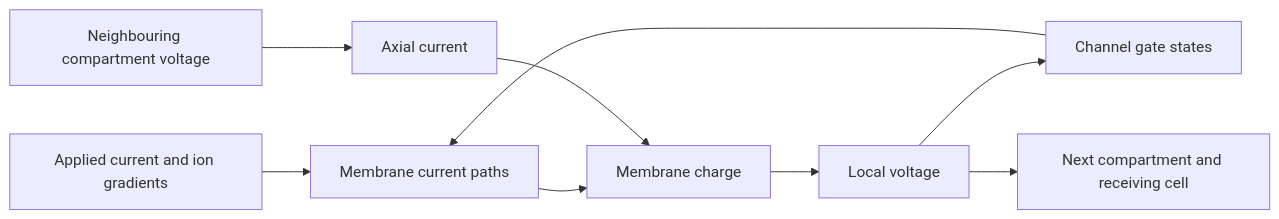
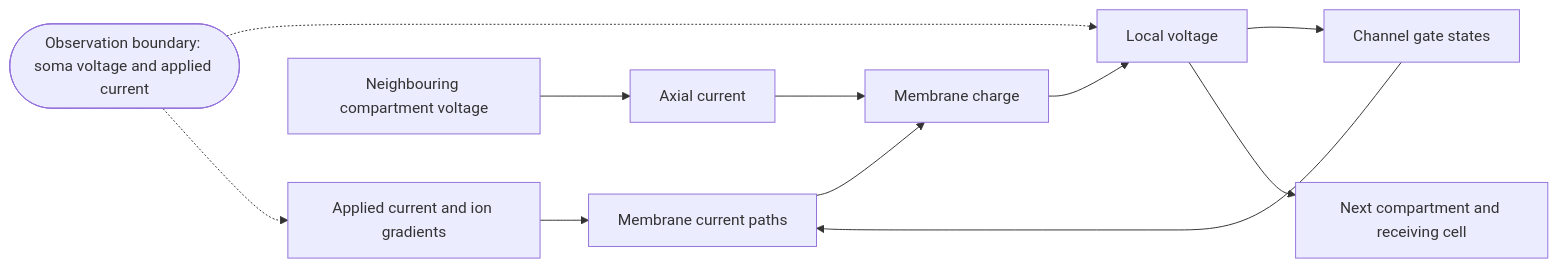
One commit to mithridatic/braintrace changed the first of 9 diagrams in docs/h01-causal-model.md. Above: the diagram before and after it, drawn with Mermaid. The commit also changed other lines of this file and 656 other files, not shown here.

````diff
--- a/docs/h01-causal-model.md
+++ b/docs/h01-causal-model.md
@@ -82,11 +122,13 @@
 ```mermaid
 flowchart LR
     Source[Applied current and ion gradients] --> Currents[Membrane current paths]
     Gates[Channel gate states] --> Currents
     Currents --> Charge[Membrane charge]
     Charge --> Voltage[Local voltage]
     Voltage --> Gates
     Neighbour[Neighbouring compartment voltage] --> Axial[Axial current]
     Axial --> Charge
     Voltage --> Next[Next compartment and receiving cell]
+    Boundary([Observation boundary: soma voltage and applied current]) -.-> Voltage
+    Boundary -.-> Source
 ```
````
